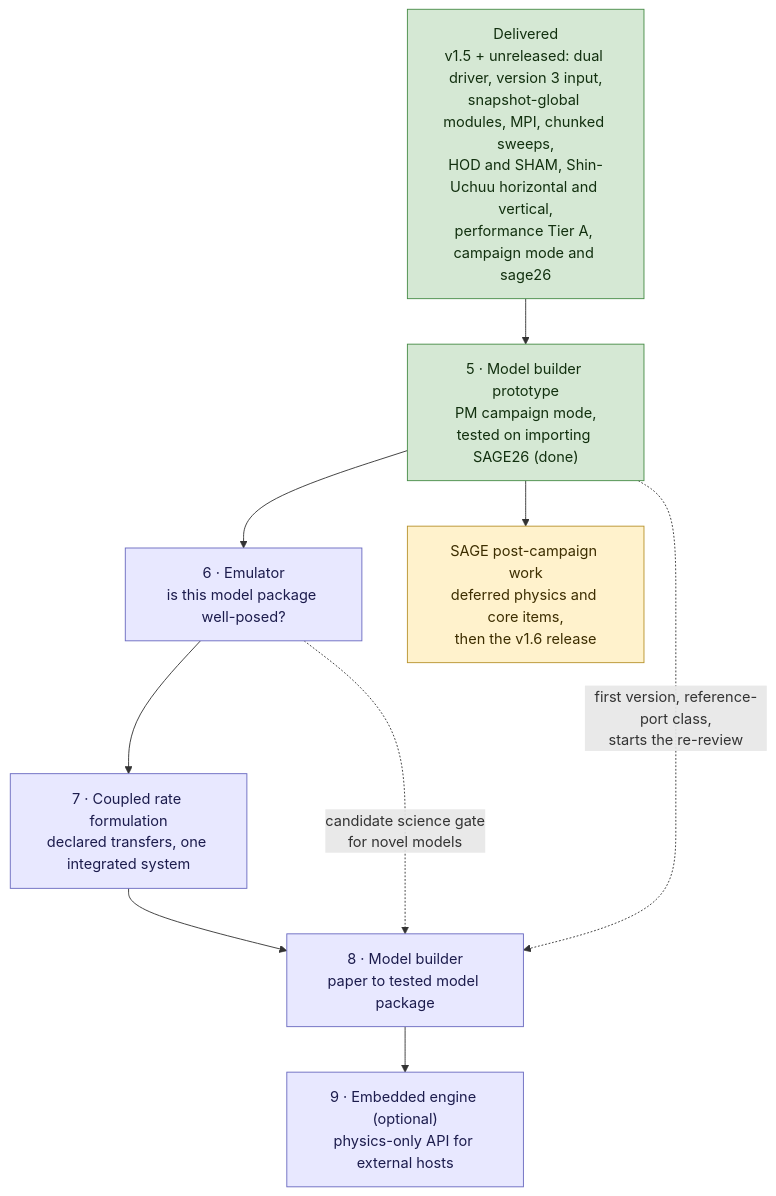
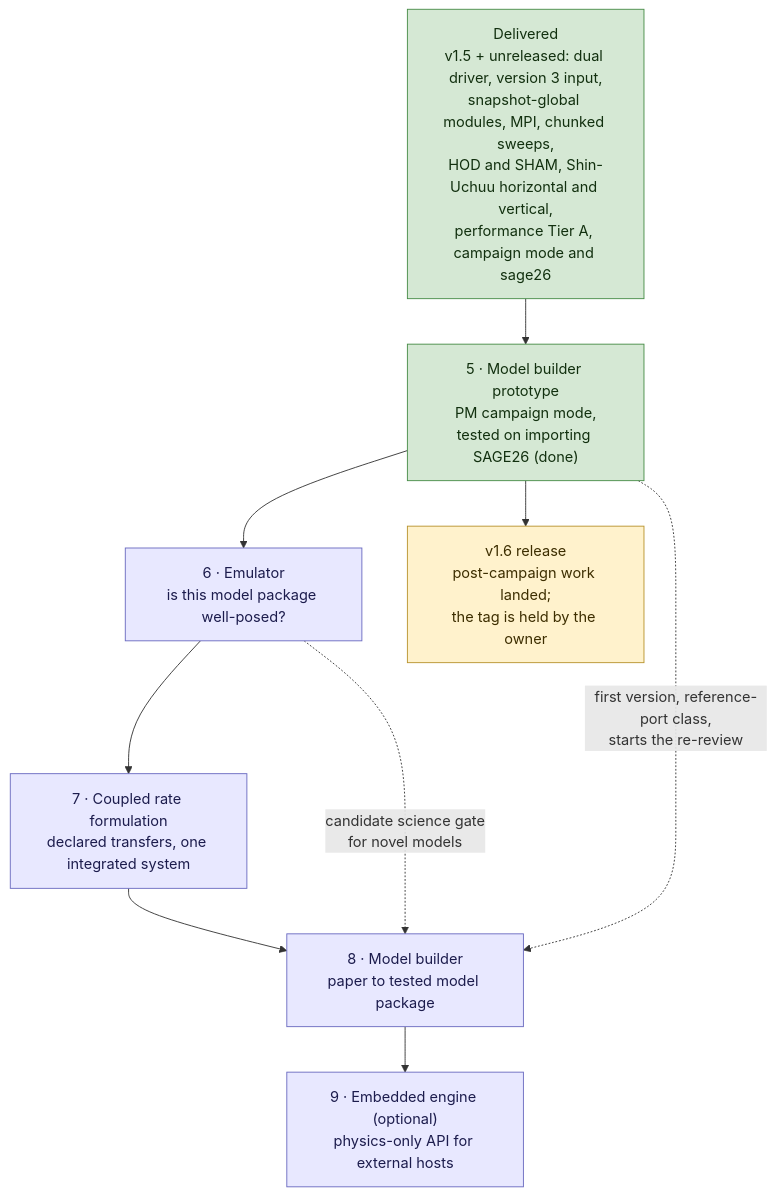
Before and after one commit to darrencroton/mimic: the diagram in docs/dev/MIMIC-DEVELOPMENT-PATHWAY.md, drawn with Mermaid. The commit also changed other lines of this file and 2 other files, not shown here.

````diff
--- a/docs/dev/MIMIC-DEVELOPMENT-PATHWAY.md
+++ b/docs/dev/MIMIC-DEVELOPMENT-PATHWAY.md
@@ -22,22 +22,22 @@
 ```mermaid
 flowchart TD
     DONE["Delivered<br/>v1.5 + unreleased: dual driver, version 3 input,<br/>snapshot-global modules, MPI, chunked sweeps,<br/>HOD and SHAM, Shin-Uchuu horizontal and vertical,<br/>performance Tier A, campaign mode and sage26"]
-    PCW["SAGE post-campaign work<br/>deferred physics and core items,<br/>then the v1.6 release"]
+    PCW["v1.6 release<br/>post-campaign work landed;<br/>the tag is held by the owner"]
     S5["5 · Model builder prototype<br/>PM campaign mode,<br/>tested on importing SAGE26 (done)"]
     S6["6 · Emulator<br/>is this model package well-posed?"]
     S7["7 · Coupled rate formulation<br/>declared transfers, one integrated system"]
     S8["8 · Model builder<br/>paper to tested model package"]
     S9["9 · Embedded engine (optional)<br/>physics-only API for external hosts"]
 
     DONE --> S5 --> S6 --> S7 --> S8 --> S9
     S5 --> PCW
     S5 -.->|first version, reference-port class,<br/>starts the re-review| S8
     S6 -.->|candidate science gate<br/>for novel models| S8
 
     classDef done fill:#d5e8d4,stroke:#478c47,color:#12300f
     classDef next fill:#fff2cc,stroke:#b8932e,color:#3d2e00
     classDef step fill:#e8e8ff,stroke:#6a6ac0,color:#1c1c4d
     class DONE,S5 done
     class PCW next
     class S6,S7,S8,S9 step
 ```
````
